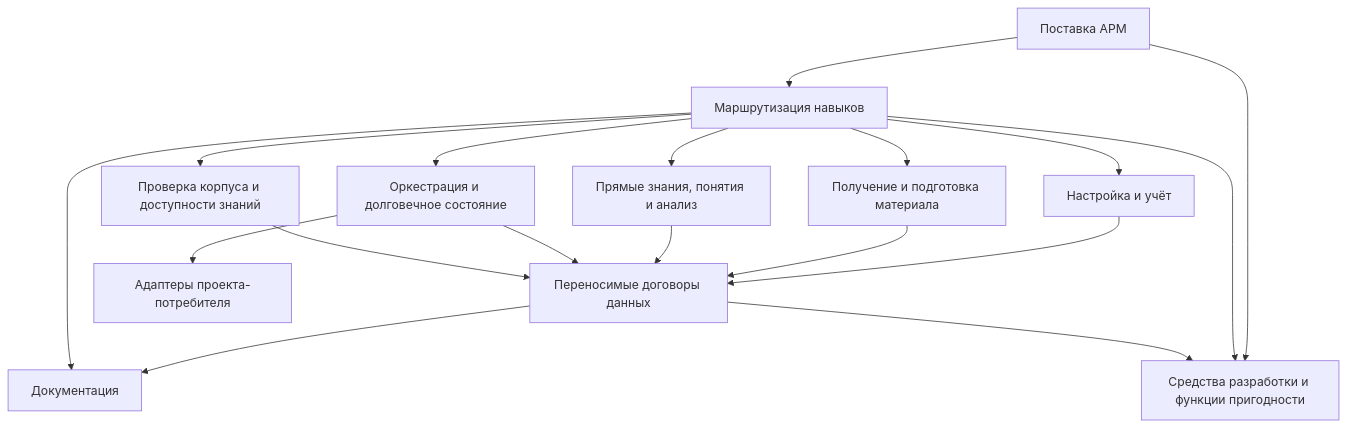
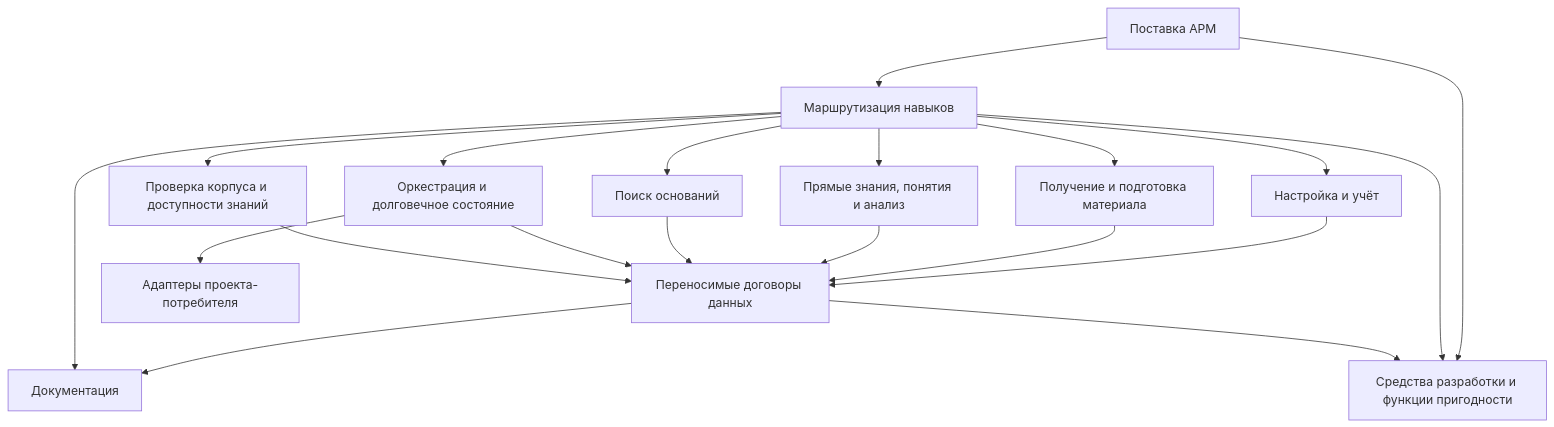
The second of 3 diagrams in docs/architecture.md (mekras/project-knowledge-corpus), drawn with Mermaid before and after one commit. The commit also changed other lines of this file and 57 other files, not shown here.

````diff
--- a/docs/architecture.md
+++ b/docs/architecture.md
@@ -91,34 +91,37 @@
 ```mermaid
 flowchart TB
     entry[Маршрутизация навыков]
     setup[Настройка и учёт]
     ingestion[Получение и подготовка материала]
     knowledge[Прямые знания, понятия и анализ]
+    retrieval[Поиск оснований]
     orchestration[Оркестрация и долговечное состояние]
     assurance[Проверка корпуса и доступности знаний]
     contracts[Переносимые договоры данных]
     adapters[Адаптеры проекта-потребителя]
     docs[Документация]
     delivery[Поставка APM]
     devchecks[Средства разработки и функции пригодности]
 
     entry --> setup
     entry --> ingestion
     entry --> knowledge
+    entry --> retrieval
     entry --> orchestration
     entry --> assurance
 
     setup --> contracts
     ingestion --> contracts
     knowledge --> contracts
+    retrieval --> contracts
     orchestration --> contracts
     assurance --> contracts
     orchestration --> adapters
 
     delivery --> entry
     contracts --> docs
     entry --> docs
     delivery --> devchecks
     entry --> devchecks
     contracts --> devchecks
 ```
````
